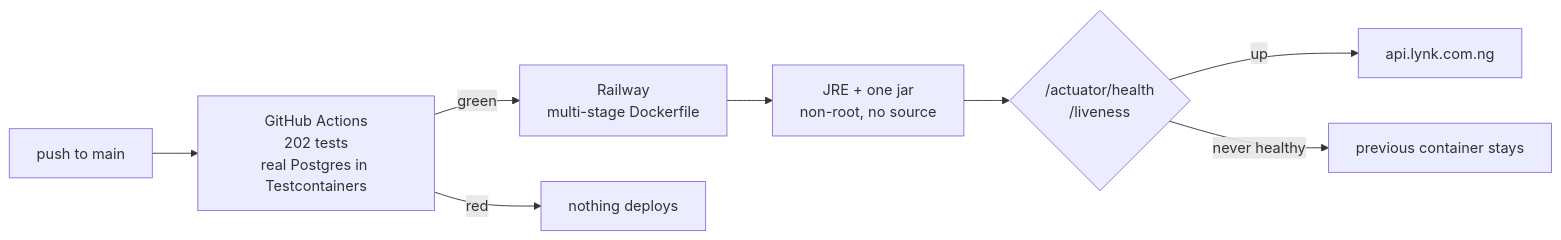
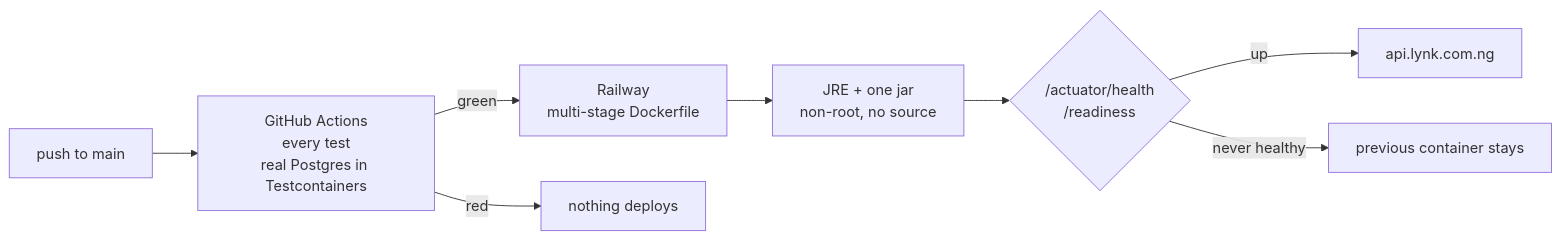
One commit to EEseka/lynk-api changed the fourth of 4 diagrams in README.md. Above: the diagram before and after it, drawn with Mermaid. The commit also changed other lines of this file, not shown here.

````diff
--- a/README.md
+++ b/README.md
@@ -218,10 +230,10 @@
 ```mermaid
 flowchart LR
-    PUSH["push to main"] --> CI["GitHub Actions<br/>202 tests<br/>real Postgres in Testcontainers"]
+    PUSH["push to main"] --> CI["GitHub Actions<br/>every test<br/>real Postgres in Testcontainers"]
     CI -->|green| BUILD["Railway<br/>multi-stage Dockerfile"]
     CI -->|red| STOP["nothing deploys"]
     BUILD --> IMG["JRE + one jar<br/>non-root, no source"]
-    IMG --> HEALTH{"/actuator/health<br/>/liveness"}
+    IMG --> HEALTH{"/actuator/health<br/>/readiness"}
     HEALTH -->|up| LIVE["api.lynk.com.ng"]
     HEALTH -->|never healthy| ROLL["previous container stays"]
 ```
````
